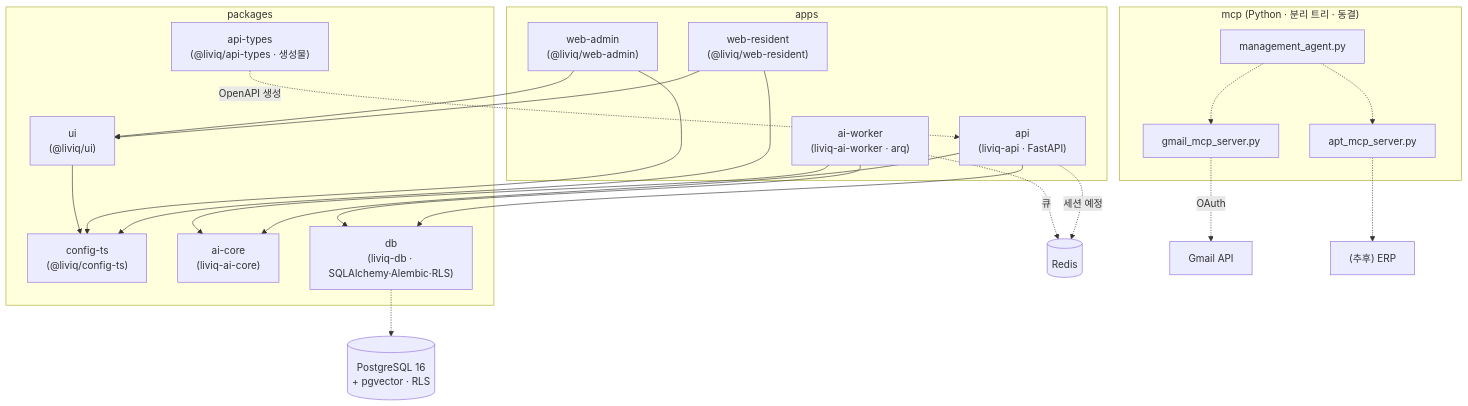
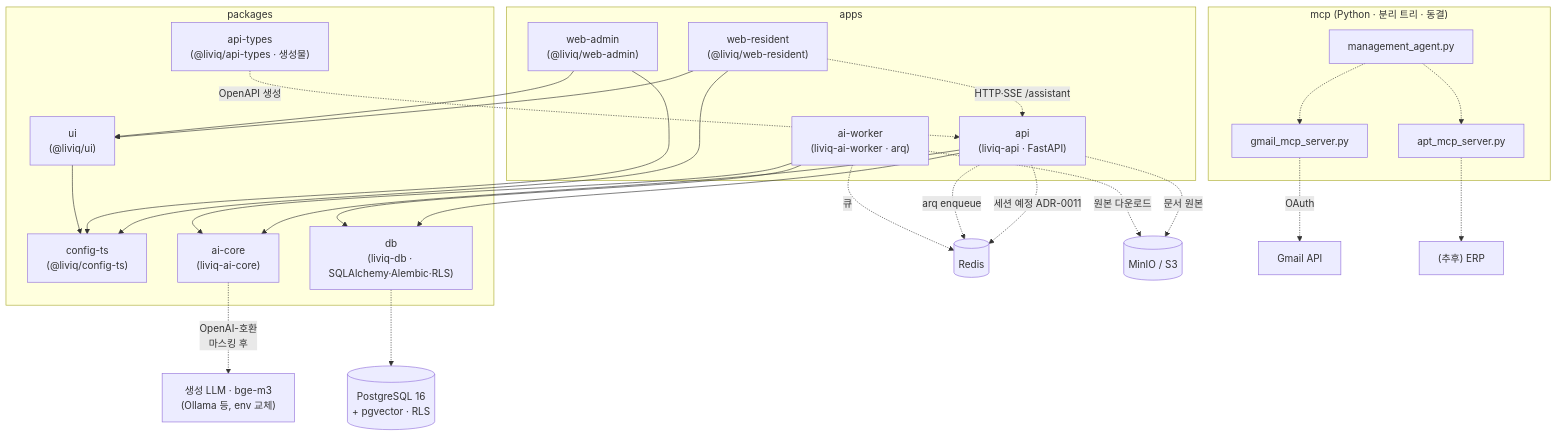
One commit to romis9724/LIVIQ changed the diagram in ARCHITECTURE.md. Above: the diagram before and after it, drawn with Mermaid. The commit also changed other lines of this file and 2 other files, not shown here.

````diff
--- a/ARCHITECTURE.md
+++ b/ARCHITECTURE.md
@@ -13,40 +13,45 @@
 ```mermaid
 graph TD
   subgraph apps
     R["web-resident<br/>(@liviq/web-resident)"]
     A["web-admin<br/>(@liviq/web-admin)"]
     API["api<br/>(liviq-api · FastAPI)"]
     W["ai-worker<br/>(liviq-ai-worker · arq)"]
   end
   subgraph packages
     UI["ui<br/>(@liviq/ui)"]
     CFG["config-ts<br/>(@liviq/config-ts)"]
     APIT["api-types<br/>(@liviq/api-types · 생성물)"]
     AIC["ai-core<br/>(liviq-ai-core)"]
     DB["db<br/>(liviq-db · SQLAlchemy·Alembic·RLS)"]
   end
   subgraph python["mcp (Python · 분리 트리 · 동결)"]
     MA["management_agent.py"]
     GM["gmail_mcp_server.py"]
     APT["apt_mcp_server.py"]
   end
 
   R --> UI
   A --> UI
   R --> CFG
   A --> CFG
   UI --> CFG
+  R -.->|HTTP·SSE /assistant| API
   APIT -.->|OpenAPI 생성| API
   API --> AIC
   API --> DB
   W --> AIC
   W --> DB
   DB -.-> PG[("PostgreSQL 16<br/>+ pgvector · RLS")]
-  API -.->|세션 예정| REDIS[("Redis")]
+  API -.->|세션 예정 ADR-0011| REDIS[("Redis")]
+  API -.->|arq enqueue| REDIS
   W -.->|큐| REDIS
+  API -.->|문서 원본| S3[("MinIO / S3")]
+  W -.->|원본 다운로드| S3
+  AIC -.->|OpenAI-호환<br/>마스킹 후| LLM["생성 LLM · bge-m3<br/>(Ollama 등, env 교체)"]
 
   MA -.-> GM
   MA -.-> APT
   GM -.->|OAuth| EXT["Gmail API"]
   APT -.-> ERP["(추후) ERP"]
 ```
````
